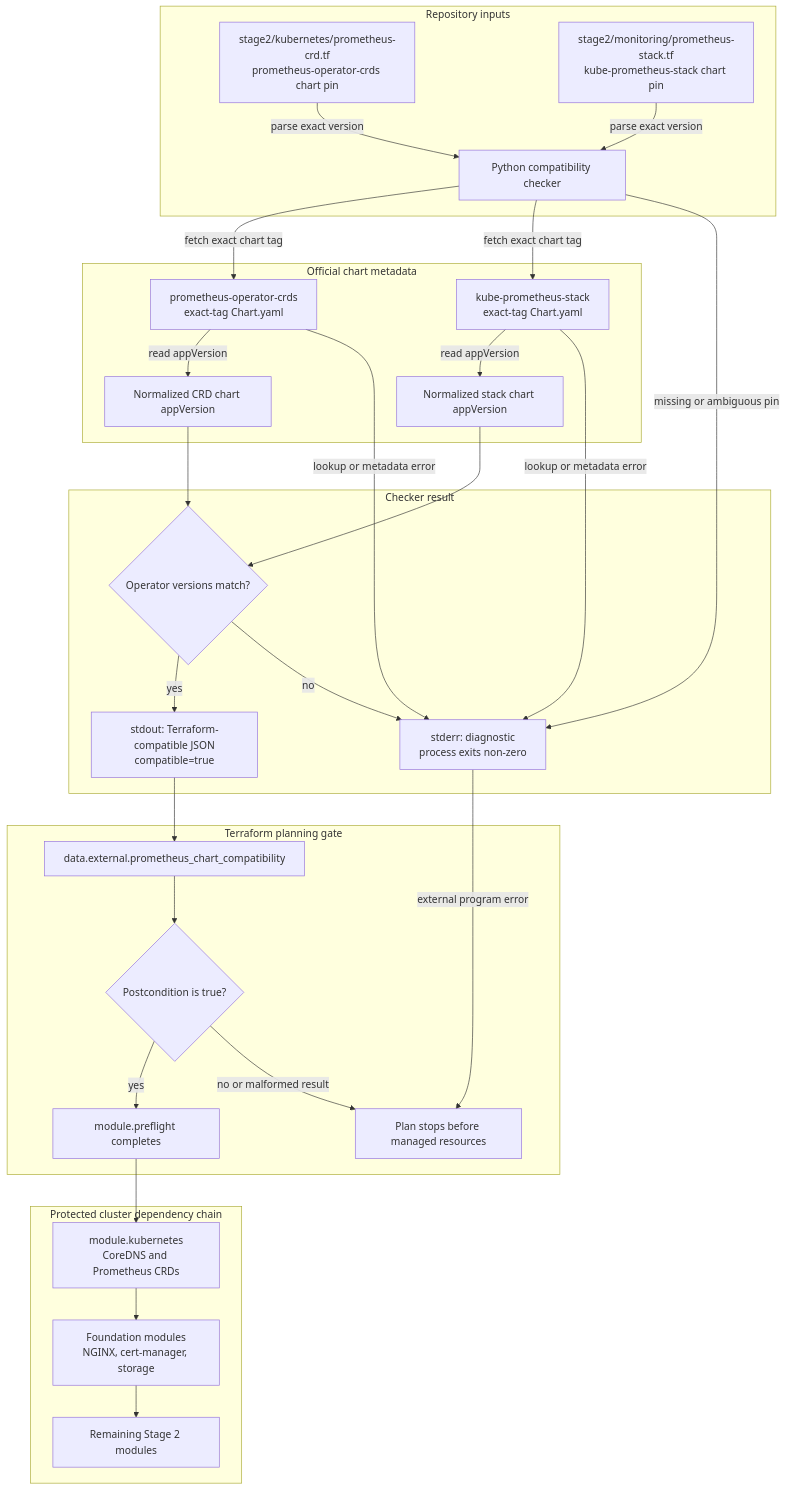
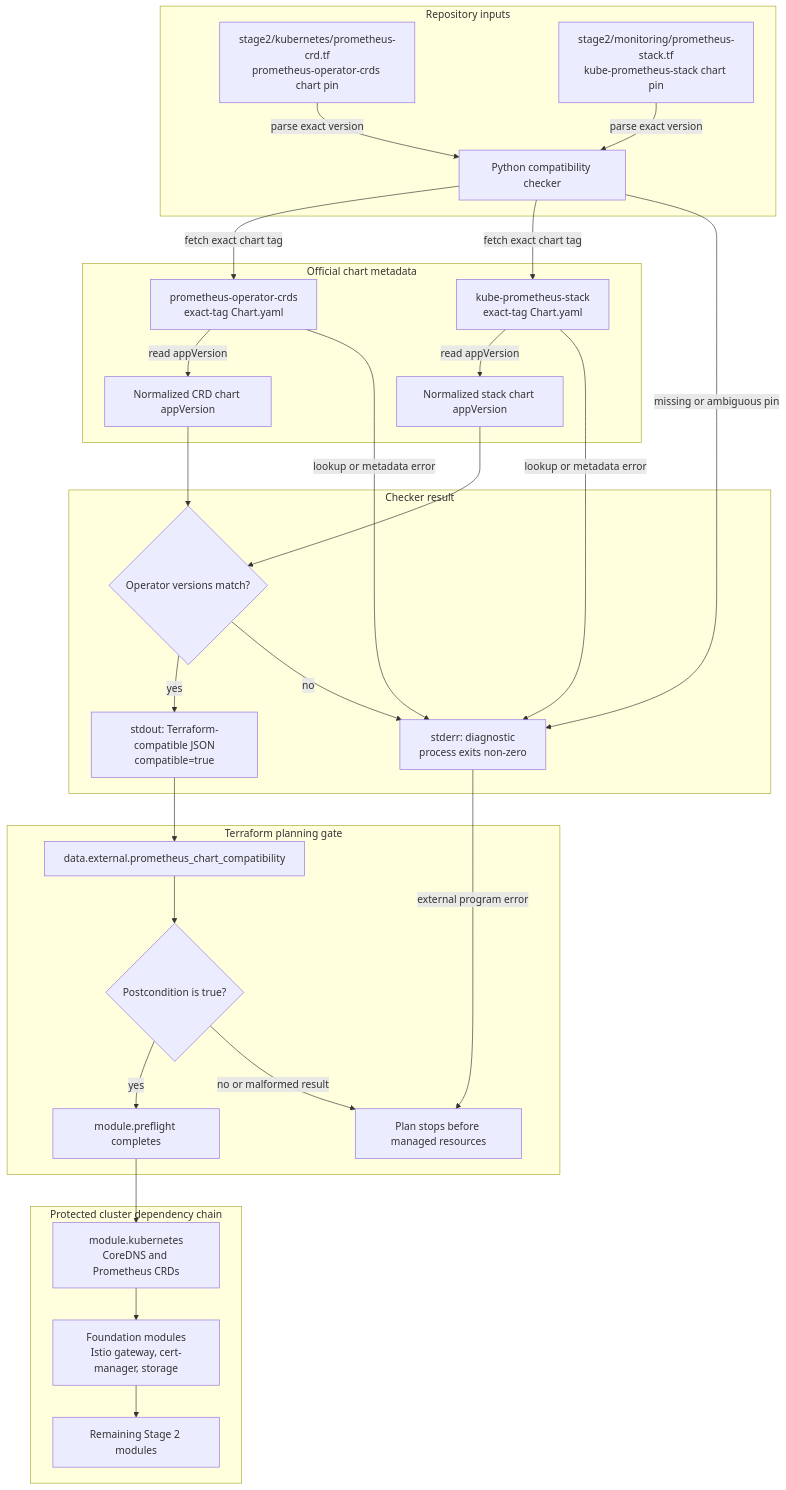
The diagram in docs/stage2/preflight.md (chrisleekr/homelab-infrastructure), drawn with Mermaid before and after one commit. The commit also changed 143 other files, not shown here.

Commit message:
feat(stage2): migrate nginx-ingress to Istio Gateway API (#119)

````diff
--- a/docs/stage2/preflight.md
+++ b/docs/stage2/preflight.md
@@ -7,56 +7,56 @@
 ```mermaid
 flowchart TD
     subgraph repository [Repository inputs]
         CRDPin["stage2/kubernetes/prometheus-crd.tf<br/>prometheus-operator-crds chart pin"]
         StackPin["stage2/monitoring/prometheus-stack.tf<br/>kube-prometheus-stack chart pin"]
         Script["Python compatibility checker"]
     end
 
     subgraph metadata [Official chart metadata]
         CRDChart["prometheus-operator-crds<br/>exact-tag Chart.yaml"]
         StackChart["kube-prometheus-stack<br/>exact-tag Chart.yaml"]
         CRDVersion["Normalized CRD chart appVersion"]
         StackVersion["Normalized stack chart appVersion"]
     end
 
     subgraph decision [Checker result]
         Compare{"Operator versions match?"}
         Success["stdout: Terraform-compatible JSON<br/>compatible=true"]
         Failure["stderr: diagnostic<br/>process exits non-zero"]
     end
 
     subgraph terraform [Terraform planning gate]
         External["data.external.prometheus_chart_compatibility"]
         Condition{"Postcondition is true?"}
         Preflight["module.preflight completes"]
         PlanFailure["Plan stops before managed resources"]
     end
 
     subgraph clusterChain [Protected cluster dependency chain]
         Kubernetes["module.kubernetes<br/>CoreDNS and Prometheus CRDs"]
-        Foundation["Foundation modules<br/>NGINX, cert-manager, storage"]
+        Foundation["Foundation modules<br/>Istio gateway, cert-manager, storage"]
         Platform["Remaining Stage 2 modules"]
     end
 
     CRDPin -->|parse exact version| Script
     StackPin -->|parse exact version| Script
     Script -->|fetch exact chart tag| CRDChart
     Script -->|fetch exact chart tag| StackChart
     CRDChart -->|read appVersion| CRDVersion
     StackChart -->|read appVersion| StackVersion
     CRDVersion --> Compare
     StackVersion --> Compare
     Script -->|missing or ambiguous pin| Failure
     CRDChart -->|lookup or metadata error| Failure
     StackChart -->|lookup or metadata error| Failure
     Compare -->|yes| Success
     Compare -->|no| Failure
     Success --> External
     Failure -->|external program error| PlanFailure
     External --> Condition
     Condition -->|yes| Preflight
     Condition -->|no or malformed result| PlanFailure
     Preflight --> Kubernetes
     Kubernetes --> Foundation
     Foundation --> Platform
 ```
````
